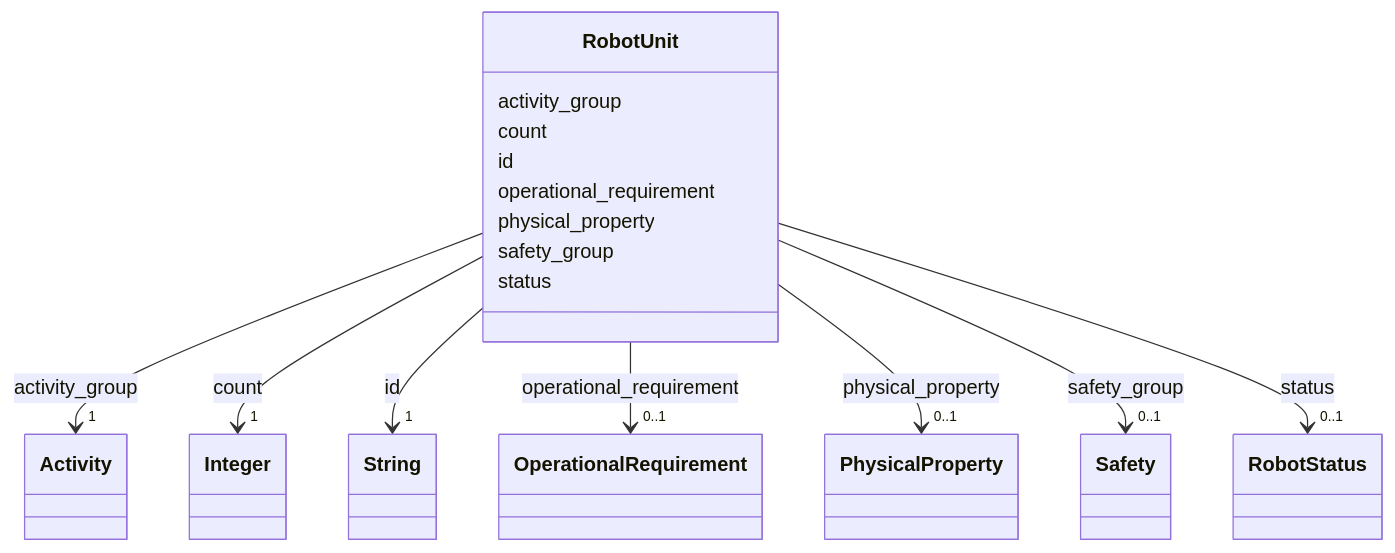
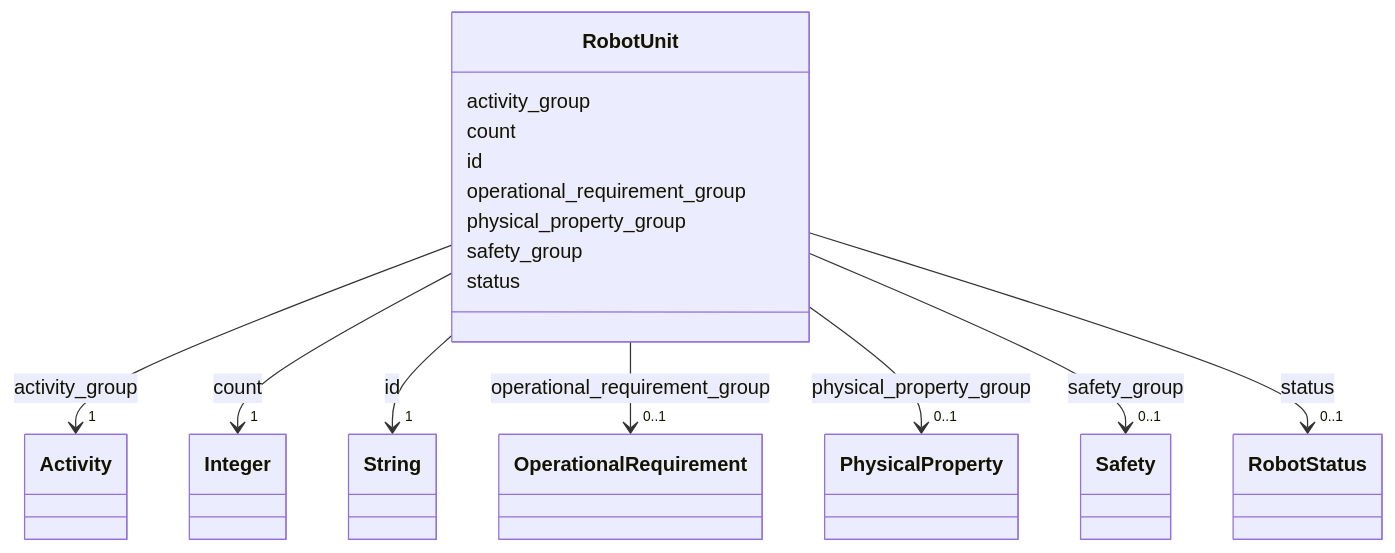
The diagram in docs/model/resource/RobotUnit.md (maikeljsb/rcpc-schema), drawn with Mermaid before and after one commit. The commit also changed other lines of this file and 15 other files, not shown here.

````diff
--- a/docs/model/resource/RobotUnit.md
+++ b/docs/model/resource/RobotUnit.md
@@ -23,83 +23,83 @@
 ```mermaid
  classDiagram
     class RobotUnit
     click RobotUnit href "../RobotUnit/"
       RobotUnit : activity_group
         
           
     
         
         
         RobotUnit --> "1" Activity : activity_group
         click Activity href "../Activity/"
     
 
         
       RobotUnit : count
         
           
     
         
         
         RobotUnit --> "1" Integer : count
         click Integer href "../http://www.w3.org/2001/XMLSchema#integer/"
     
 
         
       RobotUnit : id
         
           
     
         
         
         RobotUnit --> "1" String : id
         click String href "../http://www.w3.org/2001/XMLSchema#string/"
     
 
         
-      RobotUnit : operational_requirement
+      RobotUnit : operational_requirement_group
         
           
     
         
         
-        RobotUnit --> "0..1" OperationalRequirement : operational_requirement
+        RobotUnit --> "0..1" OperationalRequirement : operational_requirement_group
         click OperationalRequirement href "../OperationalRequirement/"
     
 
         
-      RobotUnit : physical_property
+      RobotUnit : physical_property_group
         
           
     
         
         
-        RobotUnit --> "0..1" PhysicalProperty : physical_property
+        RobotUnit --> "0..1" PhysicalProperty : physical_property_group
         click PhysicalProperty href "../PhysicalProperty/"
     
 
         
       RobotUnit : safety_group
         
           
     
         
         
         RobotUnit --> "0..1" Safety : safety_group
         click Safety href "../Safety/"
     
 
         
       RobotUnit : status
         
           
     
         
         
         RobotUnit --> "0..1" RobotStatus : status
         click RobotStatus href "../RobotStatus/"
     
 
         
       
 ```
````
